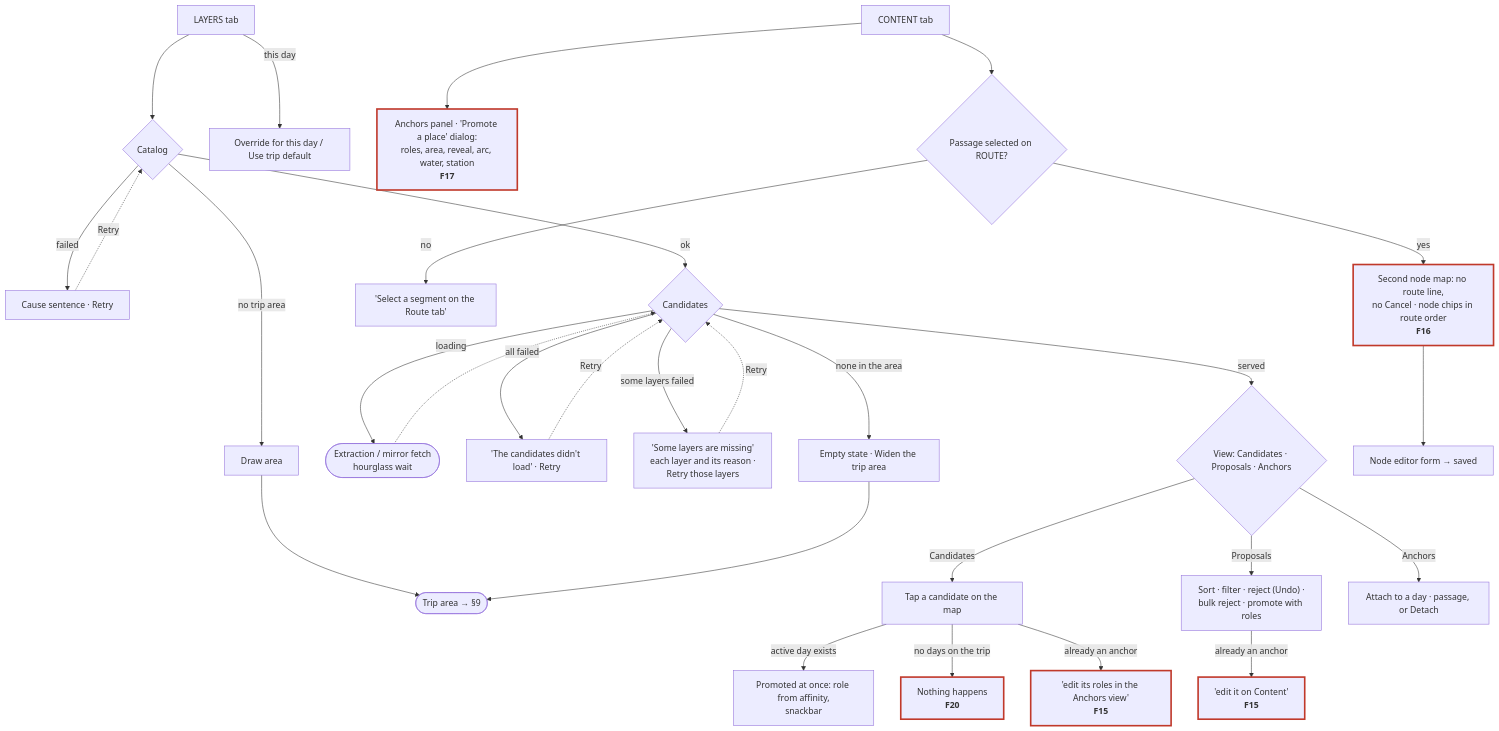
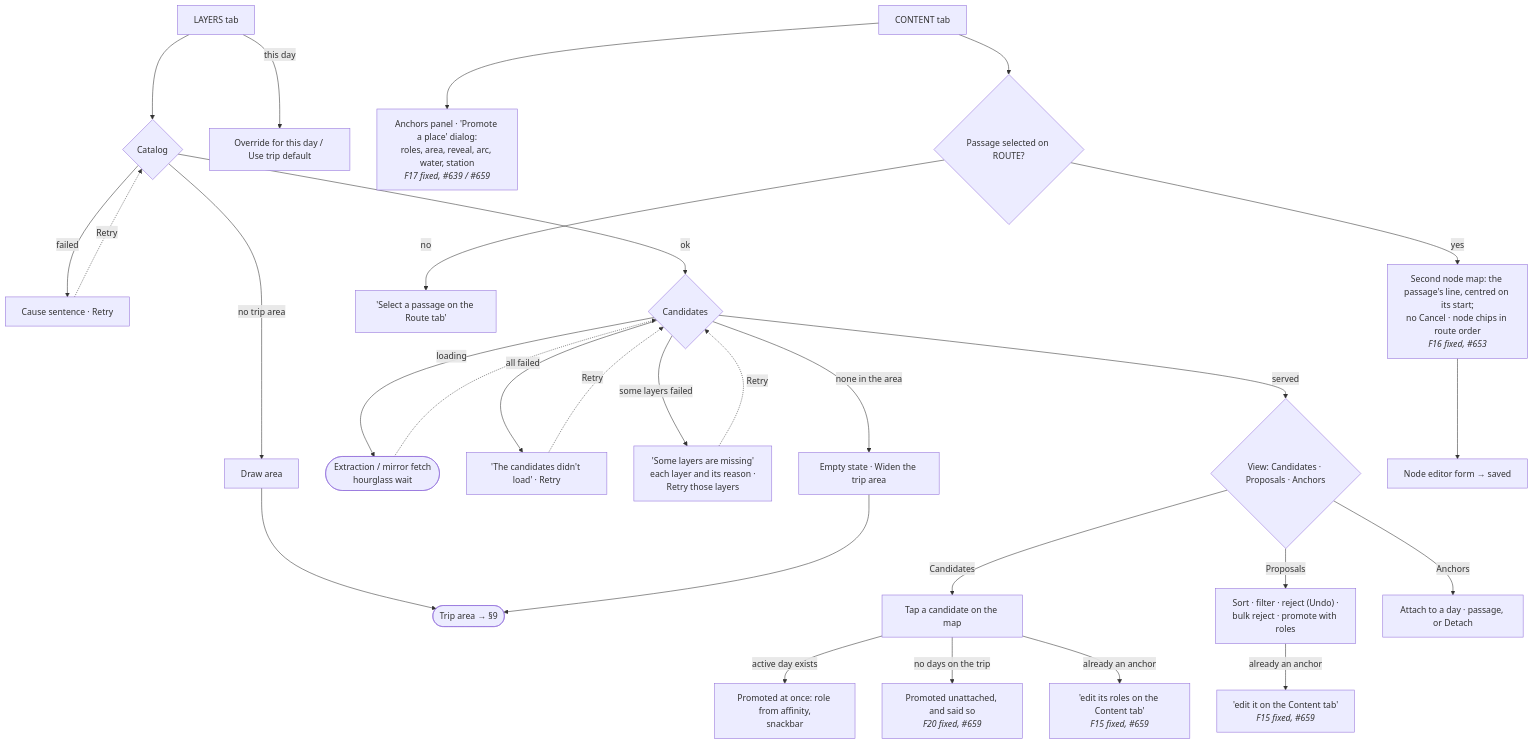
The seventh of 11 diagrams in docs/Plotlines_Author_Flow_E2E.md (gnfrazier/plotlines), drawn with Mermaid before and after one commit. The commit also changed other lines of this file, not shown here.

First line of the commit message:
Draw the fixed Author flow: all 24 findings struck, with their PRs (v1.2)

````diff
--- a/docs/Plotlines_Author_Flow_E2E.md
+++ b/docs/Plotlines_Author_Flow_E2E.md
@@ -208,32 +209,32 @@
 ```mermaid
 flowchart TD
     LT[LAYERS tab] --> LC{Catalog}
     LC -->|failed| LCF["Cause sentence · Retry"]
     LCF -.->|Retry| LC
     LC -->|no trip area| DA["Draw area"]
     DA --> TA([Trip area → §9])
     LC -->|ok| CS{Candidates}
     CS -->|loading| CL(["Extraction / mirror fetch<br/>hourglass wait"])
     CL -.-> CS
     CS -->|all failed| CF["'The candidates didn't load' · Retry"]
     CF -.->|Retry| CS
     CS -->|some layers failed| CP["'Some layers are missing'<br/>each layer and its reason ·<br/>Retry those layers"]
     CP -.->|Retry| CS
     CS -->|none in the area| CN["Empty state · Widen the trip area"]
     CN --> TA
     CS -->|served| VW{"View: Candidates · Proposals · Anchors"}
     LT -->|this day| OV["Override for this day / Use trip default"]
     VW -->|Candidates| TP["Tap a candidate on the map"]
     TP -->|active day exists| PR["Promoted at once: role from affinity,<br/>snackbar"]
-    TP -->|no days on the trip| NO["Nothing happens<br/><b>F20</b>"]:::finding
-    TP -->|already an anchor| DU["'edit its roles in the Anchors view'<br/><b>F15</b>"]:::finding
+    TP -->|no days on the trip| NO["Promoted unattached, and said so<br/><i>F20 fixed, #659</i>"]
+    TP -->|already an anchor| DU["'edit its roles on the Content tab'<br/><i>F15 fixed, #659</i>"]
     VW -->|Proposals| PP["Sort · filter · reject (Undo) ·<br/>bulk reject · promote with roles"]
-    PP -->|already an anchor| DU2["'edit it on Content'<br/><b>F15</b>"]:::finding
+    PP -->|already an anchor| DU2["'edit it on the Content tab'<br/><i>F15 fixed, #659</i>"]
     VW -->|Anchors| AN["Attach to a day · passage, or Detach"]
-    CT[CONTENT tab] --> PA["Anchors panel · 'Promote a place' dialog:<br/>roles, area, reveal, arc, water, station<br/><b>F17</b>"]:::finding
+    CT[CONTENT tab] --> PA["Anchors panel · 'Promote a place' dialog:<br/>roles, area, reveal, arc, water, station<br/><i>F17 fixed, #639 / #659</i>"]
     CT --> NE{Passage selected on ROUTE?}
-    NE -->|no| NS["'Select a segment on the Route tab'"]
-    NE -->|yes| NM["Second node map: no route line,<br/>no Cancel · node chips in route order<br/><b>F16</b>"]:::finding
+    NE -->|no| NS["'Select a passage on the Route tab'"]
+    NE -->|yes| NM["Second node map: the passage's line, centred on its start;<br/>no Cancel · node chips in route order<br/><i>F16 fixed, #653</i>"]
     NM --> NF["Node editor form → saved"]
     classDef finding stroke:#c0392b,stroke-width:3px
 ```
````
